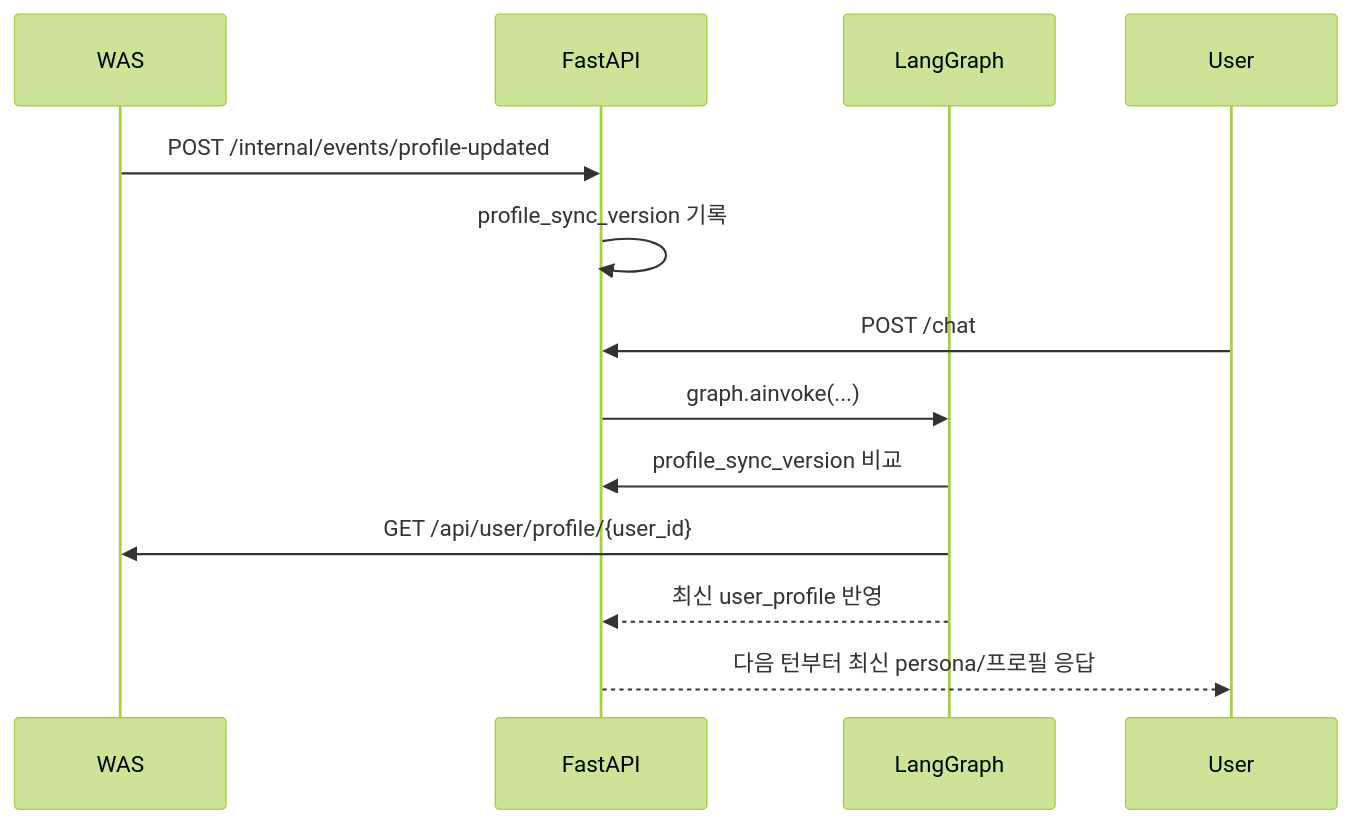
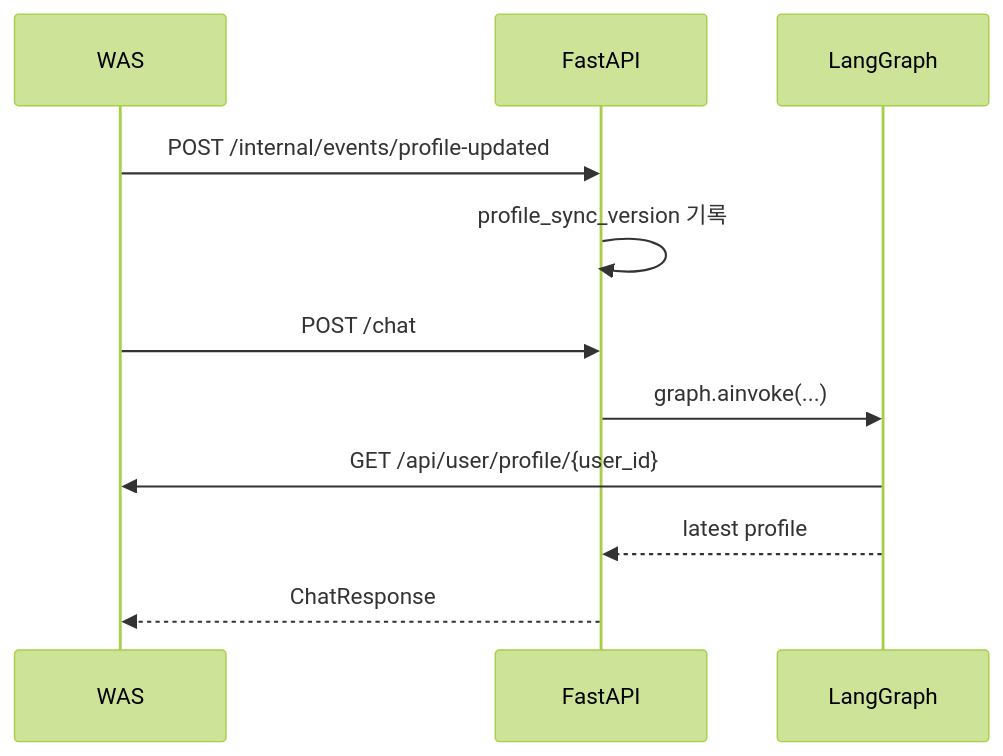
One commit to WinLike-dev/capstone_2team changed the fourth of 5 diagrams in develop/ai-model/v2/docs/api_specification.md. Above: the diagram before and after it, drawn with Mermaid (forest theme). The commit also changed other lines of this file and 44 other files, not shown here.

````diff
--- a/develop/ai-model/v2/docs/api_specification.md
+++ b/develop/ai-model/v2/docs/api_specification.md
@@ -75,16 +90,14 @@
 ```mermaid
 sequenceDiagram
     participant W as WAS
     participant F as FastAPI
     participant G as LangGraph
-    participant U as User
 
     W->>F: POST /internal/events/profile-updated
     F->>F: profile_sync_version 기록
-    U->>F: POST /chat
+    W->>F: POST /chat
     F->>G: graph.ainvoke(...)
-    G->>F: profile_sync_version 비교
     G->>W: GET /api/user/profile/{user_id}
-    G-->>F: 최신 user_profile 반영
-    F-->>U: 다음 턴부터 최신 persona/프로필 응답
+    G-->>F: latest profile
+    F-->>W: ChatResponse
 ```
````
